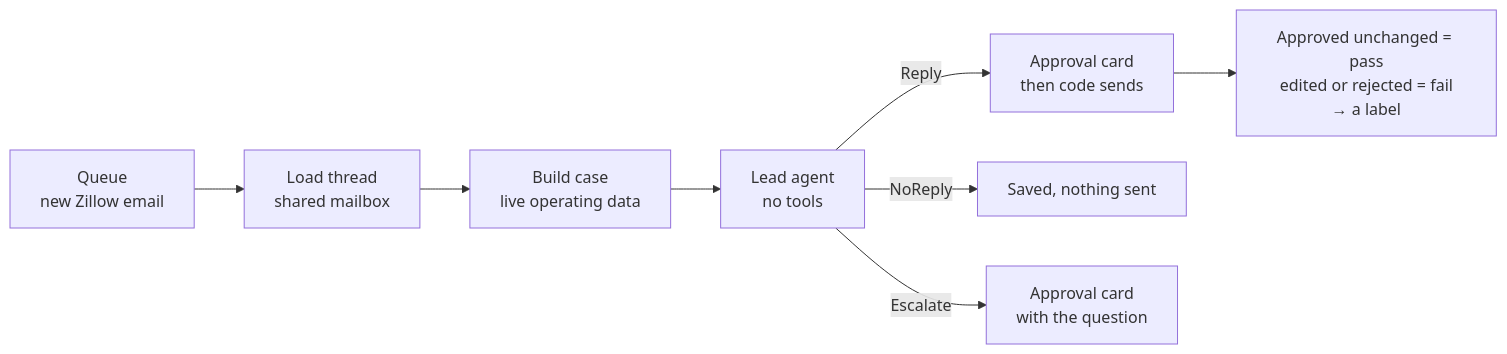
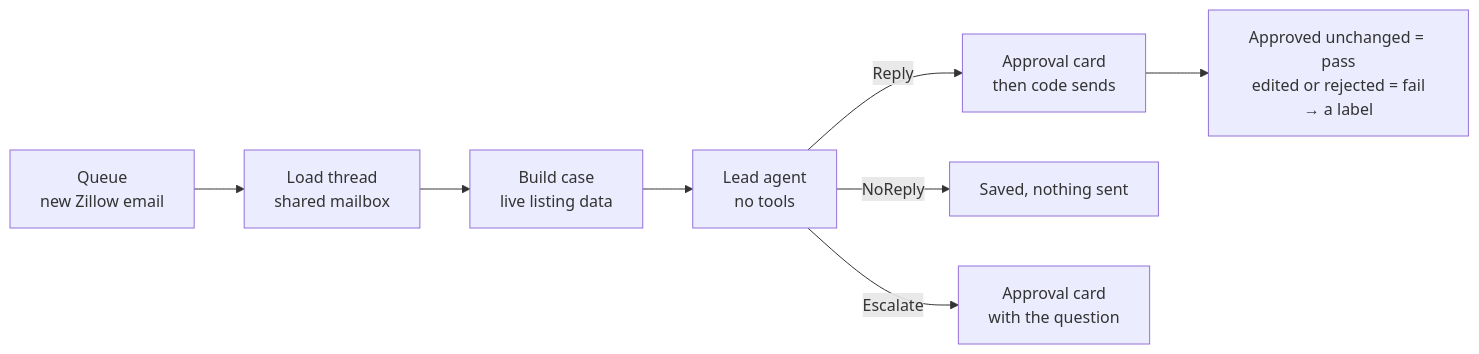
Before and after one commit to EmilioEsposito/portfolio: the third of 3 diagrams in api/src/sernia_ai/zillow_leads/README.md, drawn with Mermaid. The commit also changed other lines of this file and 15 other files, not shown here.

First line of the commit message:
Rename OperatingData to ListingData in the Zillow lead agent (#373)

````diff
--- a/api/src/sernia_ai/zillow_leads/README.md
+++ b/api/src/sernia_ai/zillow_leads/README.md
@@ -335,10 +335,10 @@
 ```mermaid
 flowchart LR
     Q["Queue<br/>new Zillow email"] --> T["Load thread<br/>shared mailbox"]
-    T --> B["Build case<br/>live operating data"]
+    T --> B["Build case<br/>live listing data"]
     B --> X["Lead agent<br/>no tools"]
     X -->|Reply| A["Approval card<br/>then code sends"]
     X -->|NoReply| N["Saved, nothing sent"]
     X -->|Escalate| H["Approval card<br/>with the question"]
     A --> W["Approved unchanged = pass<br/>edited or rejected = fail<br/>→ a label"]
 ```
````
